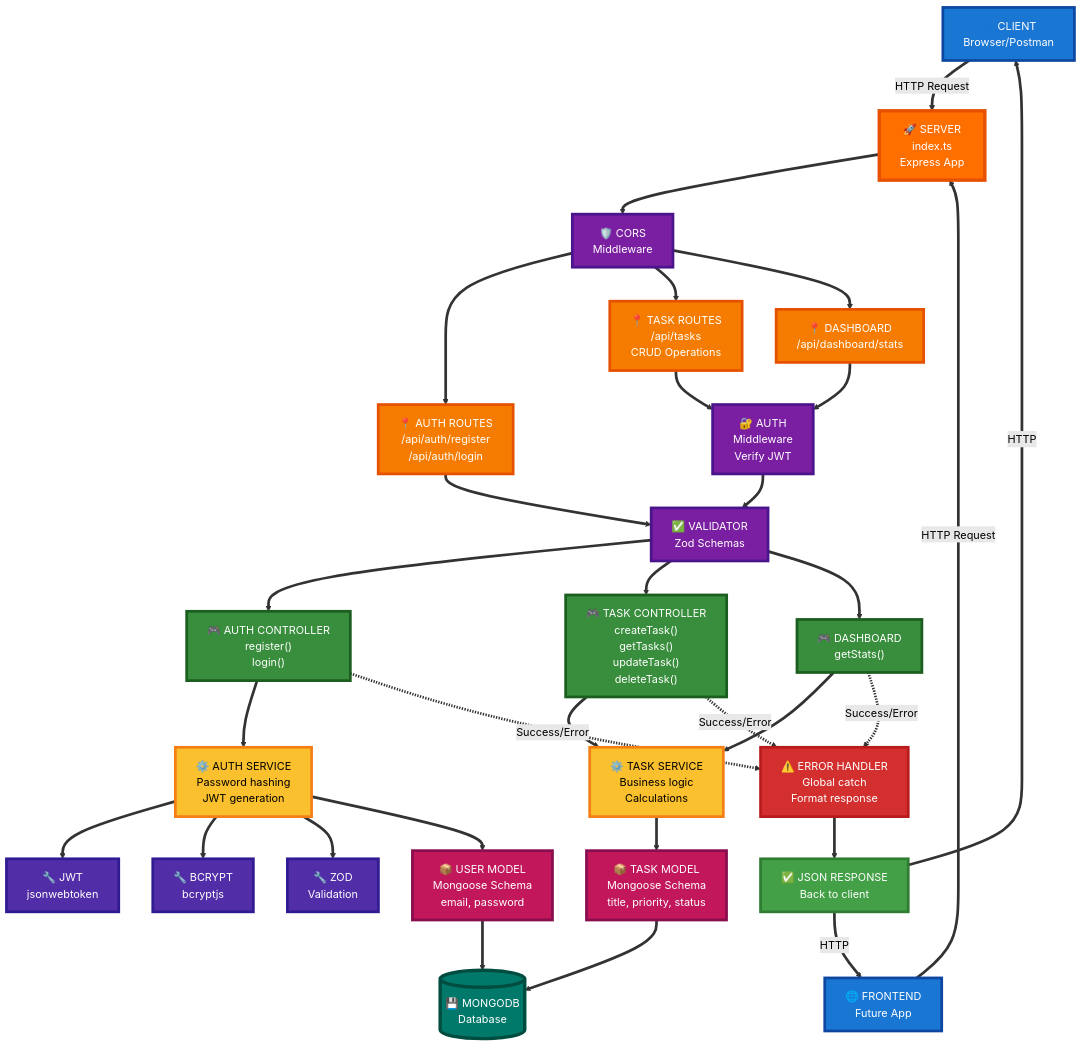
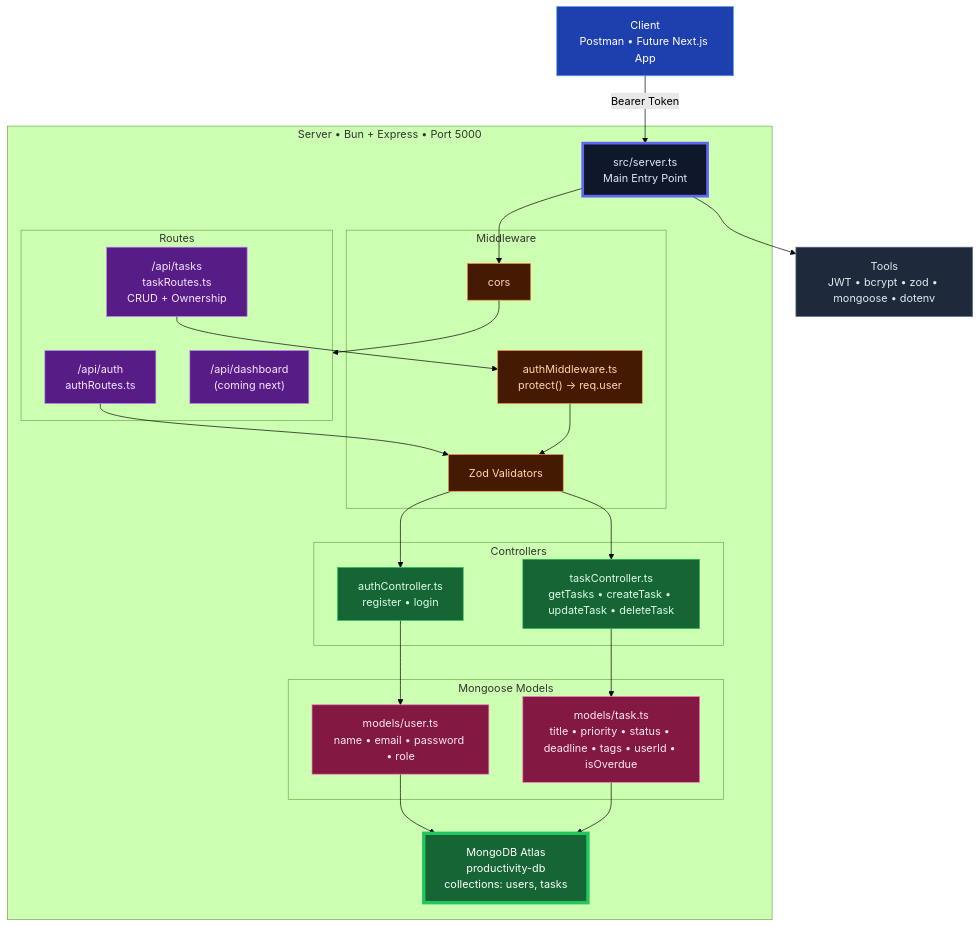
Before and after one commit to SajagIN/productivity-api: the diagram in README.md, drawn with Mermaid (forest theme). The commit also changed other lines of this file and 13 other files, not shown here.

````diff
--- a/README.md
+++ b/README.md
@@ -1,101 +17,64 @@
 ```mermaid
+%% Productivity API - Current State (2025) - 80% Complete
 flowchart TD
-    Client["👤 CLIENT<br/>Browser/Postman"]
-    Frontend["🌐 FRONTEND<br/>Future App"]
+    Client["Client<br/>Postman • Future Next.js App"]
+
+    subgraph Server ["Server • Bun + Express • Port 5000"]
+        Entry["src/server.ts<br/>Main Entry Point"]
+
+        subgraph Middleware ["Middleware"]
+            CORS["cors"]
+            Auth["authMiddleware.ts<br/>protect() → req.user"]
+            Validate["Zod Validators"]
+        end
+
+        subgraph Routes ["Routes"]
+            AuthR["/api/auth<br/>authRoutes.ts"]
+            TaskR["/api/tasks<br/>taskRoutes.ts<br/>CRUD + Ownership"]
+            FutureDash["/api/dashboard<br/>(coming next)"]
+        end
+
+        subgraph Controllers ["Controllers"]
+            AuthCtrl["authController.ts<br/>register • login"]
+            TaskCtrl["taskController.ts<br/>getTasks • createTask • updateTask • deleteTask"]
+        end
+
+        subgraph Models ["Mongoose Models"]
+            User["models/user.ts<br/>name • email • password • role"]
+            Task["models/task.ts<br/>title • priority • status • deadline • tags • userId • isOverdue"]
+        end
+
+        DB["MongoDB Atlas<br/>productivity-db<br/>collections: users, tasks"]
+    end
+
+    Tools["Tools<br/>JWT • bcrypt • zod • mongoose • dotenv"]
+
+    %% Flow
+    Client -->|Bearer Token| Entry
+    Entry --> CORS --> Routes
     
-    Server["🚀 SERVER<br/>index.ts<br/>Express App"]
+    AuthR --> Validate --> AuthCtrl --> User
+    TaskR --> Auth --> Validate --> TaskCtrl --> Task
     
-    CORS["🛡️ CORS<br/>Middleware"]
-    
-    AuthRoute["📍 AUTH ROUTES<br/>/api/auth/register<br/>/api/auth/login"]
-    TaskRoute["📍 TASK ROUTES<br/>/api/tasks<br/>CRUD Operations"]
-    DashRoute["📍 DASHBOARD<br/>/api/dashboard/stats"]
-    
-    AuthMW["🔐 AUTH<br/>Middleware<br/>Verify JWT"]
-    ValidMW["✅ VALIDATOR<br/>Zod Schemas"]
-    
-    AuthCtrl["🎮 AUTH CONTROLLER<br/>register()<br/>login()"]
-    TaskCtrl["🎮 TASK CONTROLLER<br/>createTask()<br/>getTasks()<br/>updateTask()<br/>deleteTask()"]
-    DashCtrl["🎮 DASHBOARD<br/>getStats()"]
-    
-    AuthServ["⚙️ AUTH SERVICE<br/>Password hashing<br/>JWT generation"]
-    TaskServ["⚙️ TASK SERVICE<br/>Business logic<br/>Calculations"]
-    
-    UserModel["📦 USER MODEL<br/>Mongoose Schema<br/>email, password"]
-    TaskModel["📦 TASK MODEL<br/>Mongoose Schema<br/>title, priority, status"]
-    
-    MongoDB[("💾 MONGODB<br/>Database")]
-    
-    JWT["🔧 JWT<br/>jsonwebtoken"]
-    Bcrypt["🔧 BCRYPT<br/>bcryptjs"]
-    Zod["🔧 ZOD<br/>Validation"]
-    
-    ErrorHandler["⚠️ ERROR HANDLER<br/>Global catch<br/>Format response"]
-    
-    Response["✅ JSON RESPONSE<br/>Back to client"]
-    
-    Client ==>|HTTP Request| Server
-    Frontend ==>|HTTP Request| Server
-    
-    Server ==> CORS
-    CORS ==> AuthRoute
-    CORS ==> TaskRoute
-    CORS ==> DashRoute
-    
-    AuthRoute ==> ValidMW
-    TaskRoute ==> AuthMW
-    DashRoute ==> AuthMW
-    
-    AuthMW ==> ValidMW
-    
-    ValidMW ==> AuthCtrl
-    ValidMW ==> TaskCtrl
-    ValidMW ==> DashCtrl
-    
-    AuthCtrl ==> AuthServ
-    TaskCtrl ==> TaskServ
-    DashCtrl ==> TaskServ
-    
-    AuthServ --> JWT
-    AuthServ --> Bcrypt
-    AuthServ --> Zod
-    
-    AuthServ ==> UserModel
-    TaskServ ==> TaskModel
-    
-    UserModel ==> MongoDB
-    TaskModel ==> MongoDB
-    
-    AuthCtrl -.->|Success/Error| ErrorHandler
-    TaskCtrl -.->|Success/Error| ErrorHandler
-    DashCtrl -.->|Success/Error| ErrorHandler
-    
-    ErrorHandler ==> Response
-    Response ==>|HTTP| Client
-    Response ==>|HTTP| Frontend
-    
-    linkStyle default stroke:#333,stroke-width:4px
+    User & Task --> DB
+    Entry --> Tools
 
-    style Client fill:#1976d2,stroke:#0d47a1,stroke-width:4px,color:#fff
-    style Frontend fill:#1976d2,stroke:#0d47a1,stroke-width:4px,color:#fff
-    style Server fill:#ff6f00,stroke:#e65100,stroke-width:5px,color:#fff
-    style CORS fill:#7b1fa2,stroke:#4a148c,stroke-width:4px,color:#fff
-    style AuthRoute fill:#f57c00,stroke:#e65100,stroke-width:4px,color:#fff
-    style TaskRoute fill:#f57c00,stroke:#e65100,stroke-width:4px,color:#fff
-    style DashRoute fill:#f57c00,stroke:#e65100,stroke-width:4px,color:#fff
-    style AuthMW fill:#7b1fa2,stroke:#4a148c,stroke-width:4px,color:#fff
-    style ValidMW fill:#7b1fa2,stroke:#4a148c,stroke-width:4px,color:#fff
-    style AuthCtrl fill:#388e3c,stroke:#1b5e20,stroke-width:4px,color:#fff
-    style TaskCtrl fill:#388e3c,stroke:#1b5e20,stroke-width:4px,color:#fff
-    style DashCtrl fill:#388e3c,stroke:#1b5e20,stroke-width:4px,color:#fff
-    style AuthServ fill:#fbc02d,stroke:#f57f17,stroke-width:4px,color:#000
-    style TaskServ fill:#fbc02d,stroke:#f57f17,stroke-width:4px,color:#000
-    style UserModel fill:#c2185b,stroke:#880e4f,stroke-width:4px,color:#fff
-    style TaskModel fill:#c2185b,stroke:#880e4f,stroke-width:4px,color:#fff
-    style MongoDB fill:#00796b,stroke:#004d40,stroke-width:5px,color:#fff
-    style JWT fill:#512da8,stroke:#311b92,stroke-width:4px,color:#fff
-    style Bcrypt fill:#512da8,stroke:#311b92,stroke-width:4px,color:#fff
-    style Zod fill:#512da8,stroke:#311b92,stroke-width:4px,color:#fff
-    style ErrorHandler fill:#d32f2f,stroke:#b71c1c,stroke-width:4px,color:#fff
-    style Response fill:#43a047,stroke:#2e7d32,stroke-width:4px,color:#fff
+    %% Styling – Dark Mode Ready
+    classDef client fill:#1e40af,stroke:#60a5fa,color:white
+    classDef server fill:#0f172a,stroke:#6366f1,stroke-width:4px,color:#e0e7ff
+    classDef middleware fill:#451a03,stroke:#fb923c,color:#fed7aa
+    classDef routes fill:#581c87,stroke:#c084fc,color:#f3e8ff
+    classDef controllers fill:#166534,stroke:#22c55e,color:#dcfce7
+    classDef models fill:#831843,stroke:#f472b6,color:#fce7f3
+    classDef db fill:#166534,stroke:#22c55e,stroke-width:5px,color:white
+    classDef tools fill:#1e293b,stroke:#64748b,color:#e2e8f0
+
+    class Client client
+    class Entry server
+    class CORS,Auth,Validate middleware
+    class AuthR,TaskR,FutureDash routes
+    class AuthCtrl,TaskCtrl controllers
+    class User,Task models
+    class DB db
+    class Tools tools
 ```
````
